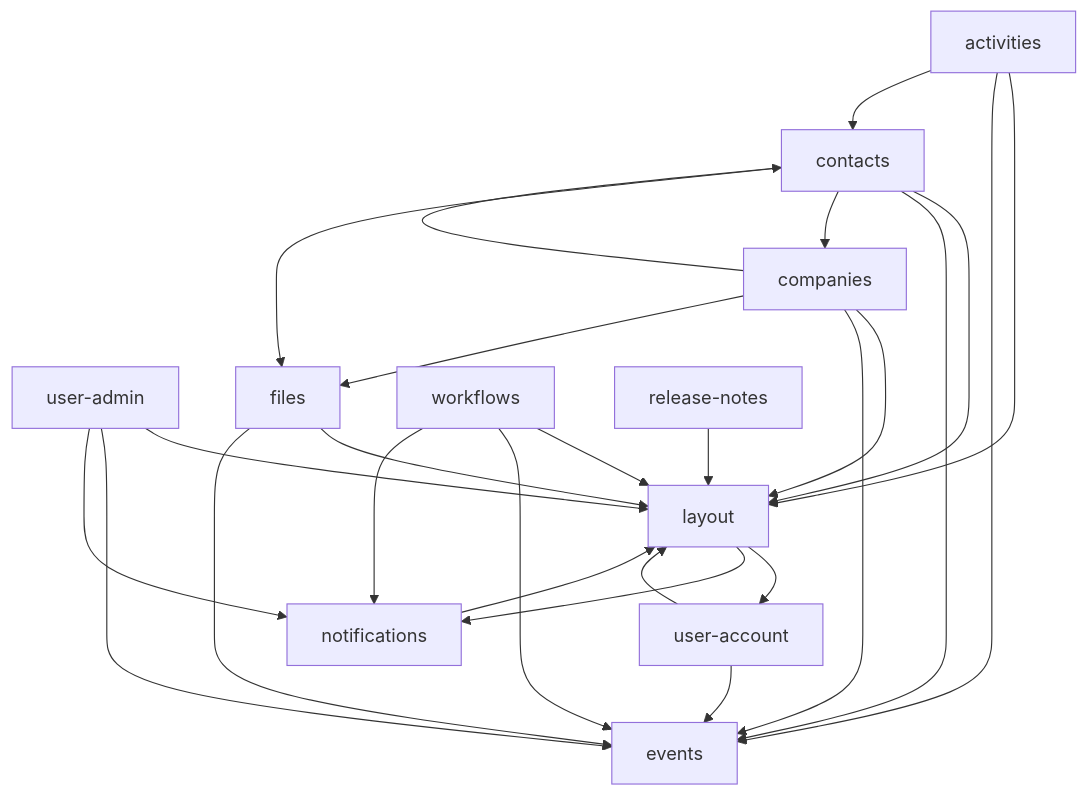
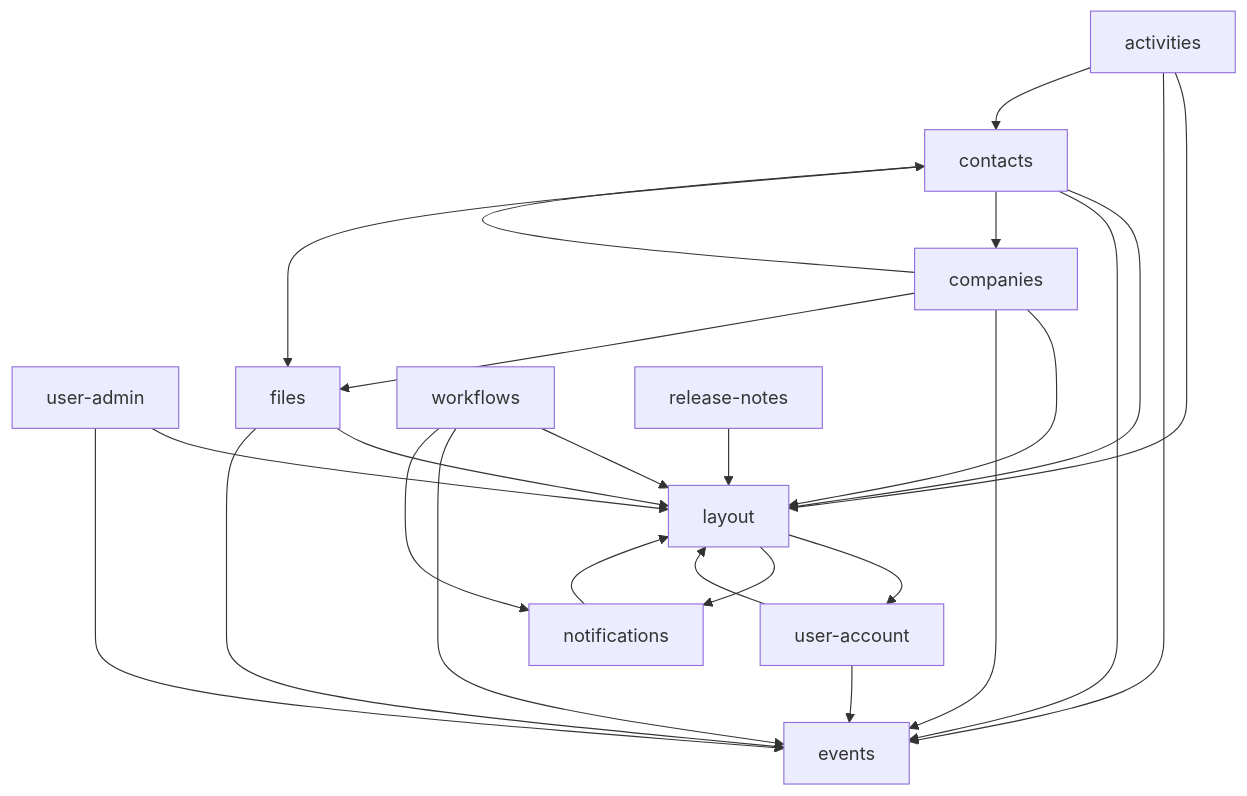
One commit to lowdefy/modules-mongodb changed the diagram in docs/index.md. Above: the diagram before and after it, drawn with Mermaid. The commit also changed other lines of this file and 6 other files, not shown here.

First line of the commit message:
docs(user-admin): rewrite for the BetterAuth rebuild (task 18)

````diff
--- a/docs/index.md
+++ b/docs/index.md
@@ -33,29 +33,28 @@
 ```mermaid
 graph TD
   layout --> user-account
   layout --> notifications
   user-account --> layout
   user-account --> events
   user-admin --> layout
   user-admin --> events
-  user-admin --> notifications
   notifications --> layout
   contacts --> layout
   contacts --> events
   contacts --> companies
   contacts --> files
   companies --> layout
   companies --> events
   companies --> contacts
   companies --> files
   files --> layout
   files --> events
   activities --> layout
   activities --> events
   activities --> contacts
   workflows --> layout
   workflows --> events
   workflows --> notifications
   release-notes --> layout
   events
 ```
````
